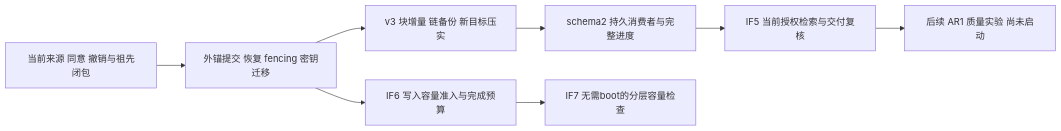
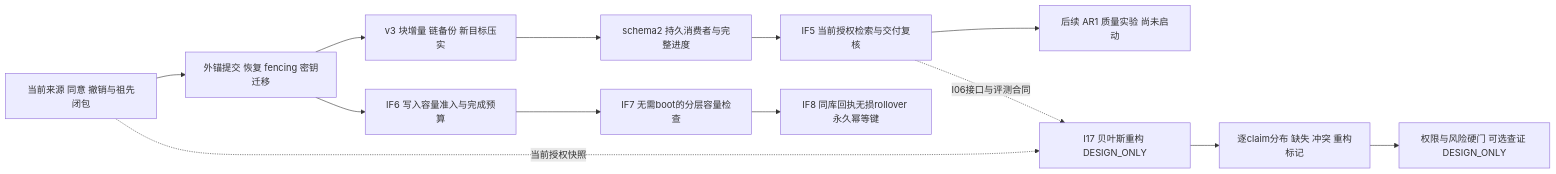
Before and after one commit to saigyujikingyo-png/companion-core: the diagram in docs/AEMC-DEVELOPMENT-STATUS.md, drawn with Mermaid. The commit also changed other lines of this file and 12 other files, not shown here.

````diff
--- a/docs/AEMC-DEVELOPMENT-STATUS.md
+++ b/docs/AEMC-DEVELOPMENT-STATUS.md
@@ -7,10 +7,15 @@
 ```mermaid
 flowchart LR
   A[当前来源 同意 撤销与祖先闭包] --> B[外锚提交 恢复 fencing 密钥迁移]
   B --> C[v3 块增量 链备份 新目标压实]
   C --> D[schema2 持久消费者与完整进度]
   D --> E[IF5 当前授权检索与交付复核]
   B --> F[IF6 写入容量准入与完成预算]
   F --> H[IF7 无需boot的分层容量检查]
+  H --> R[IF8 同库回执无损rollover 永久幂等键]
   E --> G[后续 AR1 质量实验 尚未启动]
+  A -. 当前授权快照 .-> Q[I17 贝叶斯重构 DESIGN_ONLY]
+  E -. I06接口与评测合同 .-> Q
+  Q --> M[逐claim分布 缺失 冲突 重构标记]
+  M --> V[权限与风险硬门 可选查证 DESIGN_ONLY]
 ```
````
